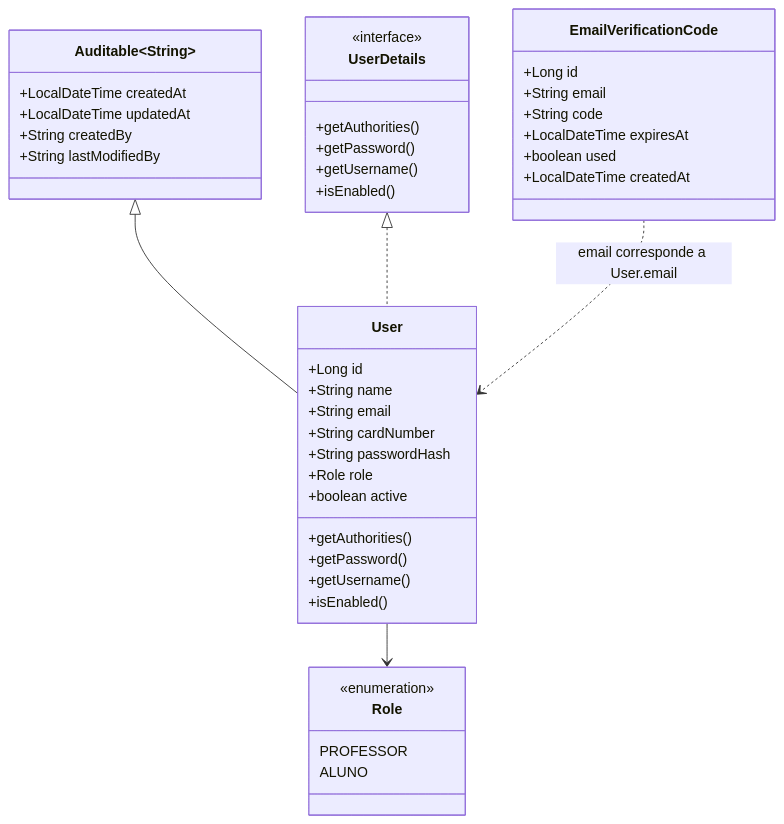
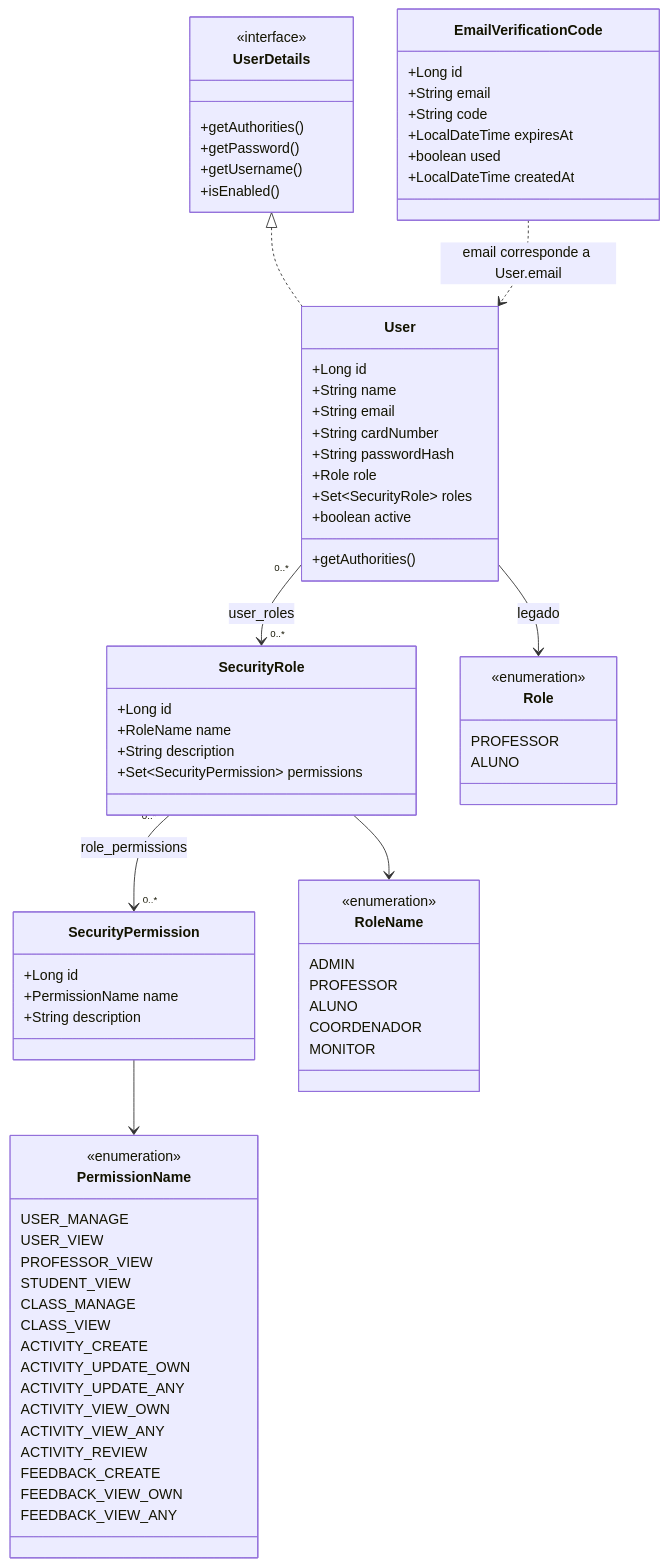
One commit to NatanPivetta/odonto-docs changed the second of 4 diagrams in arquitetura/diagramas-de-classe.md. Above: the diagram before and after it, drawn with Mermaid. The commit also changed other lines of this file and 4 other files, not shown here.

````diff
--- a/arquitetura/diagramas-de-classe.md
+++ b/arquitetura/diagramas-de-classe.md
@@ -164,13 +128,6 @@
         +isEnabled()
     }
 
-    class Auditable~String~ {
-        +LocalDateTime createdAt
-        +LocalDateTime updatedAt
-        +String createdBy
-        +String lastModifiedBy
-    }
-
     class User {
         +Long id
         +String name
@@ -178,11 +135,22 @@
         +String cardNumber
         +String passwordHash
         +Role role
+        +Set~SecurityRole~ roles
         +boolean active
         +getAuthorities()
-        +getPassword()
-        +getUsername()
-        +isEnabled()
+    }
+
+    class SecurityRole {
+        +Long id
+        +RoleName name
+        +String description
+        +Set~SecurityPermission~ permissions
+    }
+
+    class SecurityPermission {
+        +Long id
+        +PermissionName name
+        +String description
     }
 
     class EmailVerificationCode {
@@ -200,8 +168,39 @@
         ALUNO
     }
 
-    Auditable~String~ <|-- User
+    class RoleName {
+        <<enumeration>>
+        ADMIN
+        PROFESSOR
+        ALUNO
+        COORDENADOR
+        MONITOR
+    }
+
+    class PermissionName {
+        <<enumeration>>
+        USER_MANAGE
+        USER_VIEW
+        PROFESSOR_VIEW
+        STUDENT_VIEW
+        CLASS_MANAGE
+        CLASS_VIEW
+        ACTIVITY_CREATE
+        ACTIVITY_UPDATE_OWN
+        ACTIVITY_UPDATE_ANY
+        ACTIVITY_VIEW_OWN
+        ACTIVITY_VIEW_ANY
+        ACTIVITY_REVIEW
+        FEEDBACK_CREATE
+        FEEDBACK_VIEW_OWN
+        FEEDBACK_VIEW_ANY
+    }
+
     UserDetails <|.. User
-    User --> Role
+    User --> Role : legado
+    User "0..*" --> "0..*" SecurityRole : user_roles
+    SecurityRole --> RoleName
+    SecurityRole "0..*" --> "0..*" SecurityPermission : role_permissions
+    SecurityPermission --> PermissionName
     EmailVerificationCode ..> User : email corresponde a User.email
 ```
````
